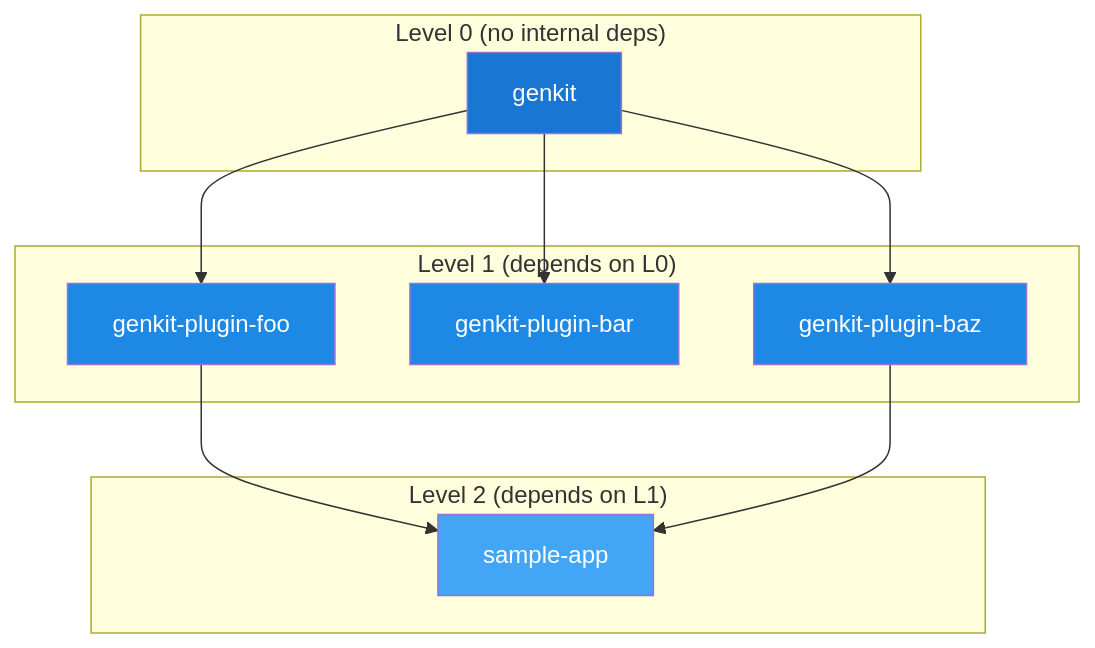
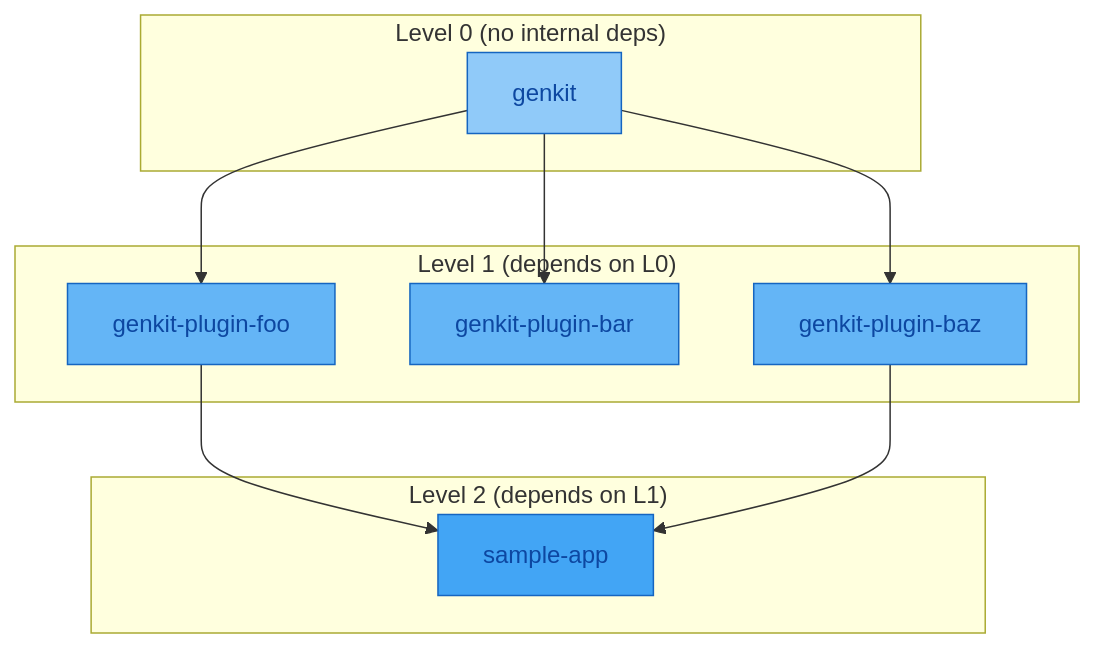
Before and after one commit to genkit-ai/genkit-python: the diagram in tools/releasekit/docs/docs/architecture/dependency-graph.md, drawn with Mermaid. The commit also changed 208 other files, not shown here.

````diff
--- a/tools/releasekit/docs/docs/architecture/dependency-graph.md
+++ b/tools/releasekit/docs/docs/architecture/dependency-graph.md
@@ -47,26 +47,26 @@
 ```mermaid
 graph TB
     subgraph "Level 0 (no internal deps)"
         A["genkit"]
     end
 
     subgraph "Level 1 (depends on L0)"
         B["genkit-plugin-foo"]
         C["genkit-plugin-bar"]
         D["genkit-plugin-baz"]
     end
 
     subgraph "Level 2 (depends on L1)"
         E["sample-app"]
     end
 
     A --> B & C & D
     B --> E
     D --> E
 
-    style A fill:#1976d2,color:#fff
-    style B fill:#1e88e5,color:#fff
-    style C fill:#1e88e5,color:#fff
-    style D fill:#1e88e5,color:#fff
-    style E fill:#42a5f5,color:#fff
+    style A fill:#90caf9,stroke:#1565c0,color:#0d47a1
+    style B fill:#64b5f6,stroke:#1565c0,color:#0d47a1
+    style C fill:#64b5f6,stroke:#1565c0,color:#0d47a1
+    style D fill:#64b5f6,stroke:#1565c0,color:#0d47a1
+    style E fill:#42a5f5,stroke:#1565c0,color:#0d47a1
 ```
````
